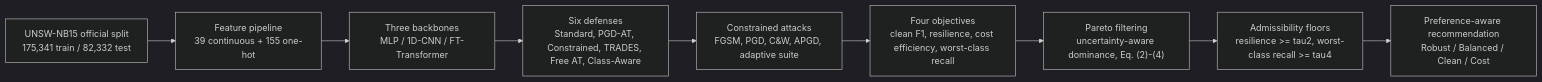
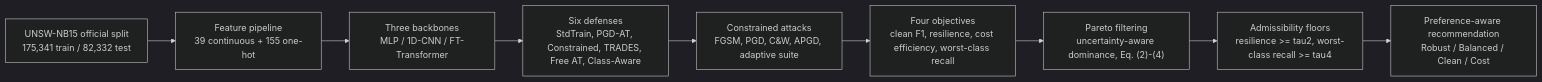
The diagram in README.md (huangxyy/bdcc-ids-defense-selection), drawn with Mermaid (dark theme) before and after one commit. The commit also changed other lines of this file and 18 other files, not shown here.

Commit message:
Fix figure labels/layout and refresh revision figures

````diff
--- a/README.md
+++ b/README.md
@@ -24,11 +24,11 @@
 ```mermaid
 flowchart LR
     A["UNSW-NB15 official split<br/>175,341 train / 82,332 test"] --> B["Feature pipeline<br/>39 continuous + 155 one-hot"]
     B --> C["Three backbones<br/>MLP / 1D-CNN / FT-Transformer"]
-    C --> D["Six defenses<br/>Standard, PGD-AT, Constrained, TRADES, Free AT, Class-Aware"]
+    C --> D["Six defenses<br/>StdTrain, PGD-AT, Constrained, TRADES, Free AT, Class-Aware"]
     D --> E["Constrained attacks<br/>FGSM, PGD, C&W, APGD, adaptive suite"]
     E --> F["Four objectives<br/>clean F1, resilience, cost efficiency, worst-class recall"]
     F --> G["Pareto filtering<br/>uncertainty-aware dominance, Eq. (2)-(4)"]
     G --> H["Admissibility floors<br/>resilience >= tau2, worst-class recall >= tau4"]
     H --> I["Preference-aware recommendation<br/>Robust / Balanced / Clean / Cost"]
 ```
````
